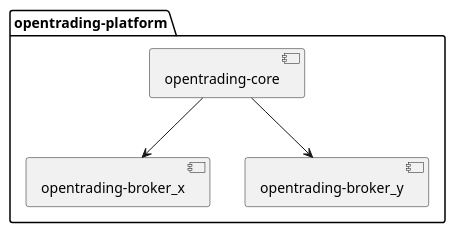
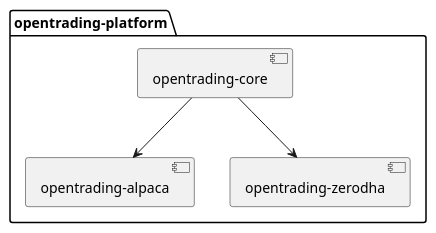
One commit to open-algorithmic-trading/docs changed the diagram in uml/component/opentrading-broker_component.puml. Above: the diagram before and after it, drawn with PlantUML. The commit also changed 4 other files, not shown here.

Commit message:
ReadMe update for modules, UML update

```diff
--- a/uml/component/opentrading-broker_component.puml
+++ b/uml/component/opentrading-broker_component.puml
@@ -1,12 +1,12 @@
 @startuml
 
 package "opentrading-platform" {
     [opentrading-core] as OC
-    [opentrading-broker_x] as BX
-    [opentrading-broker_y] as BY
+    [opentrading-alpaca] as OA
+    [opentrading-zerodha] as OZ
 
-    OC --> BX
-    OC --> BY
+    OC --> OA
+    OC --> OZ
 }
 
 @enduml
```
